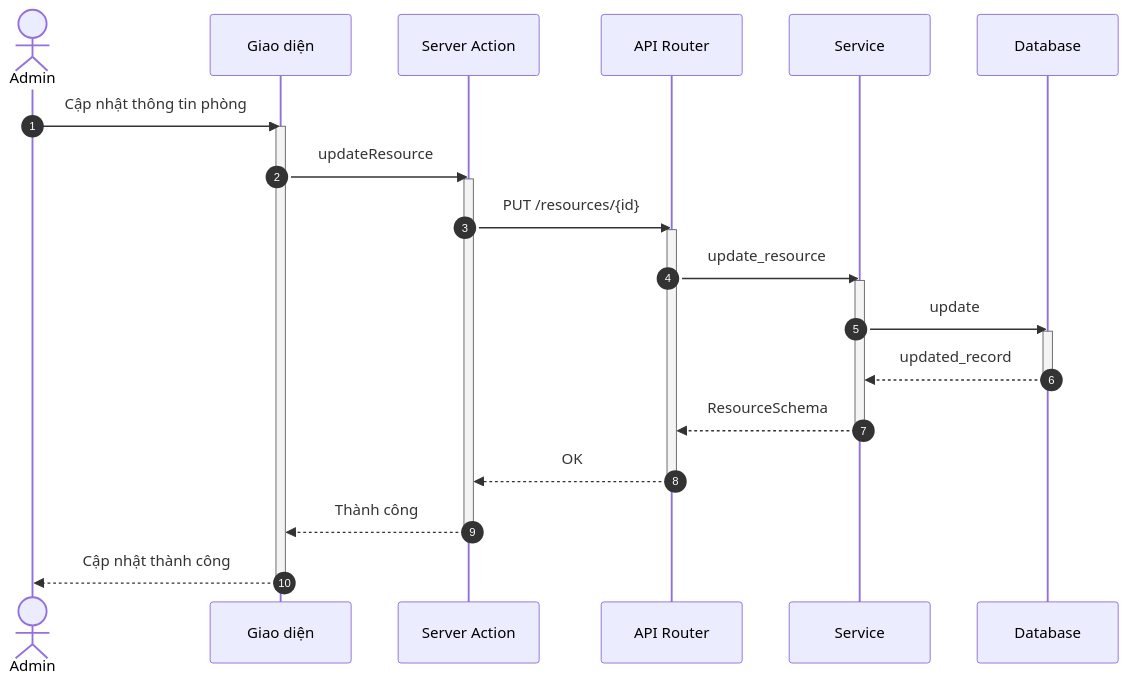
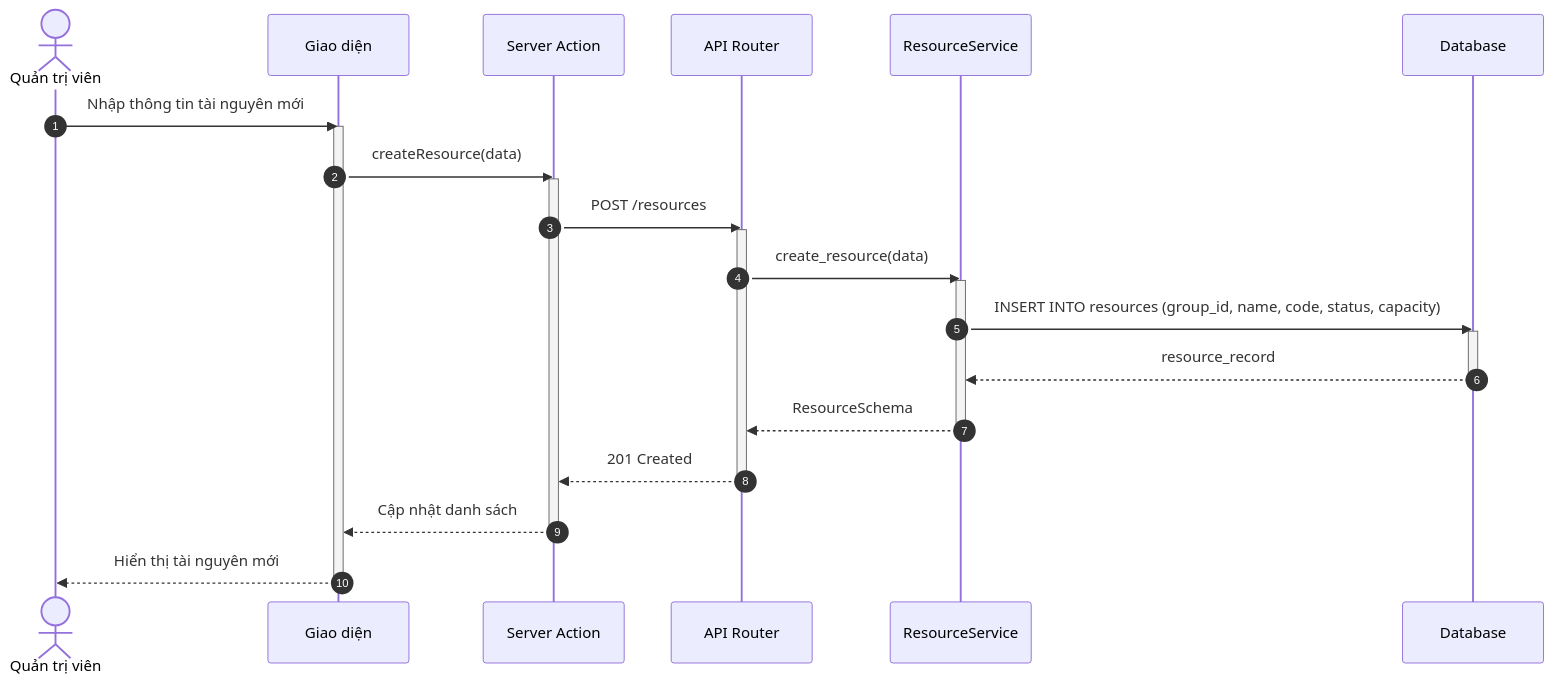
One commit to ngoctinn/Synapse changed the second of 5 diagrams in docs/design/sequences/admin_flows.md. Above: the diagram before and after it, drawn with Mermaid. The commit also changed other lines of this file and 11 other files, not shown here.

Commit message:
docs: Add initial design documentation, including architecture, UI, use cases, and detailed sequence diagrams for various user flows.

````diff
--- a/docs/design/sequences/admin_flows.md
+++ b/docs/design/sequences/admin_flows.md
@@ -70,38 +76,38 @@
 ```mermaid
 sequenceDiagram
     autonumber
-    actor AD as Admin
+    actor QTV as Quản trị viên
     participant UI as Giao diện
     participant BFF as Server Action
     participant API as API Router
-    participant S as Service
+    participant S as ResourceService
     participant DB as Database
 
-    AD->>UI: Cập nhật thông tin phòng
+    QTV->>UI: Nhập thông tin tài nguyên mới
     activate UI
-    UI->>BFF: updateResource
+    UI->>BFF: createResource(data)
     activate BFF
 
-    BFF->>API: PUT /resources/{id}
+    BFF->>API: POST /resources
     activate API
 
-    API->>S: update_resource
+    API->>S: create_resource(data)
     activate S
 
-    S->>DB: update
+    S->>DB: INSERT INTO resources (group_id, name, code, status, capacity)
     activate DB
-    DB-->>S: updated_record
+    DB-->>S: resource_record
     deactivate DB
 
     S-->>API: ResourceSchema
     deactivate S
 
-    API-->>BFF: OK
+    API-->>BFF: 201 Created
     deactivate API
 
-    BFF-->>UI: Thành công
+    BFF-->>UI: Cập nhật danh sách
     deactivate BFF
 
-    UI-->>AD: Cập nhật thành công
+    UI-->>QTV: Hiển thị tài nguyên mới
     deactivate UI
 ```
````
